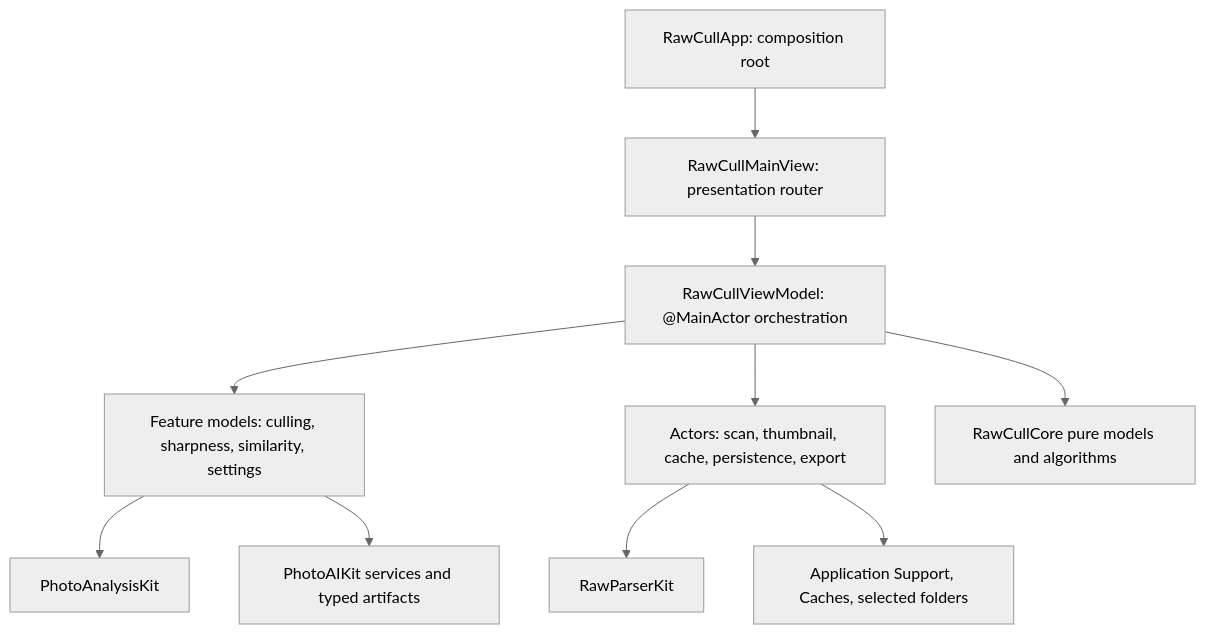
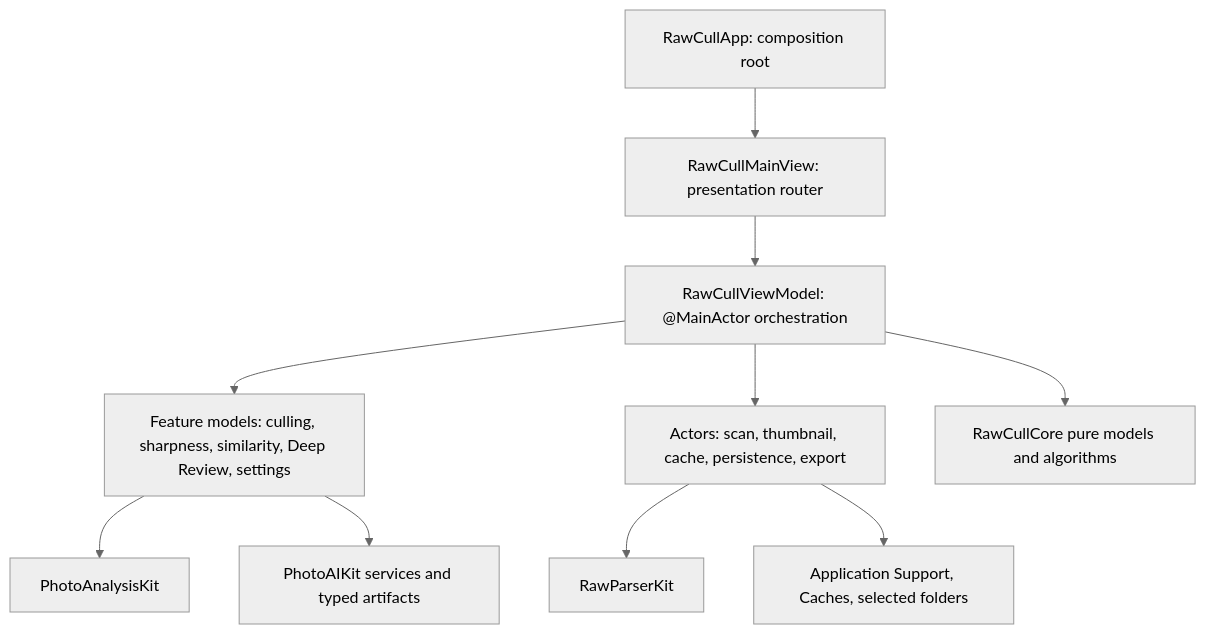
Before and after one commit to rsyncOSX/TechDocRawcull: the diagram in content/en/docs/_index.md, drawn with Mermaid (neutral theme). The commit also changed other lines of this file and 36 other files, not shown here.

````diff
--- a/content/en/docs/_index.md
+++ b/content/en/docs/_index.md
@@ -59,12 +59,12 @@
 ```mermaid
 flowchart TD
     App["RawCullApp: composition root"] --> Main["RawCullMainView: presentation router"]
     Main --> VM["RawCullViewModel: @MainActor orchestration"]
-    VM --> Feature["Feature models: culling, sharpness, similarity, settings"]
+    VM --> Feature["Feature models: culling, sharpness, similarity, Deep Review, settings"]
     VM --> Actors["Actors: scan, thumbnail, cache, persistence, export"]
     Feature --> Analysis["PhotoAnalysisKit"]
     Feature --> AI["PhotoAIKit services and typed artifacts"]
     Actors --> Parser["RawParserKit"]
     VM --> Core["RawCullCore pure models and algorithms"]
     Actors --> Storage["Application Support, Caches, selected folders"]
 ```
````
